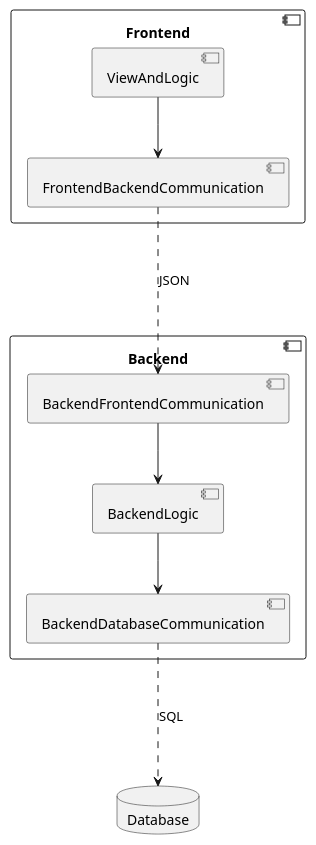
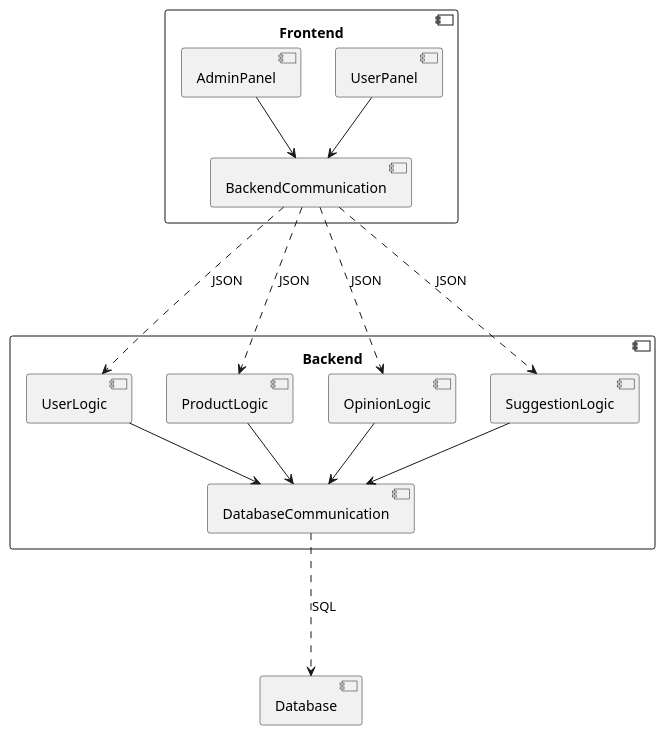
Before and after one commit to RadekBucki/OpinionCollectorArchitecture: the first of 5 diagrams in README.md, drawn with PlantUML. The commit also changed 8 other files, not shown here.

````diff
--- a/README.md
+++ b/README.md
@@ -7,32 +7,47 @@
 ```plantuml
 @startuml
 component Frontend {
-    component ViewAndLogic {
+    component UserPanel {
     }
     
-    component FrontendBackendCommunication {
+    component AdminPanel {
+    }
+    
+    component BackendCommunication {
     }
 }
 
 component Backend {
-    component BackendFrontendCommunication {
+    component UserLogic {
+    }
+    component ProductLogic {
+    }
+    component OpinionLogic {
+    }
+    component SuggestionLogic {
     }
     
-    component BackendLogic {
-    }
-    
-    component BackendDatabaseCommunication {
+    component DatabaseCommunication {
     }
 }
 
-database Database {
+component Database {
 }
 
-BackendDatabaseCommunication ...> Database: SQL
-BackendLogic                 -->  BackendDatabaseCommunication
-BackendFrontendCommunication -->  BackendLogic
-FrontendBackendCommunication ...> BackendFrontendCommunication: JSON
-ViewAndLogic                 -->  FrontendBackendCommunication
+DatabaseCommunication ...> Database: SQL
+
+UserLogic             -->  DatabaseCommunication
+ProductLogic          -->  DatabaseCommunication
+OpinionLogic          -->  DatabaseCommunication
+SuggestionLogic       -->  DatabaseCommunication
+
+BackendCommunication  ...> UserLogic: JSON
+BackendCommunication  ...> ProductLogic: JSON
+BackendCommunication  ...> OpinionLogic: JSON
+BackendCommunication  ...> SuggestionLogic: JSON
+
+UserPanel             -->  BackendCommunication
+AdminPanel            -->  BackendCommunication
 
 @enduml 
 ```
````
